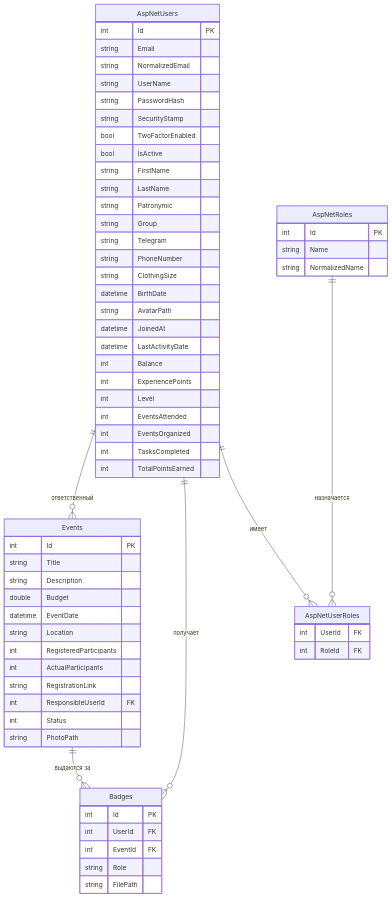
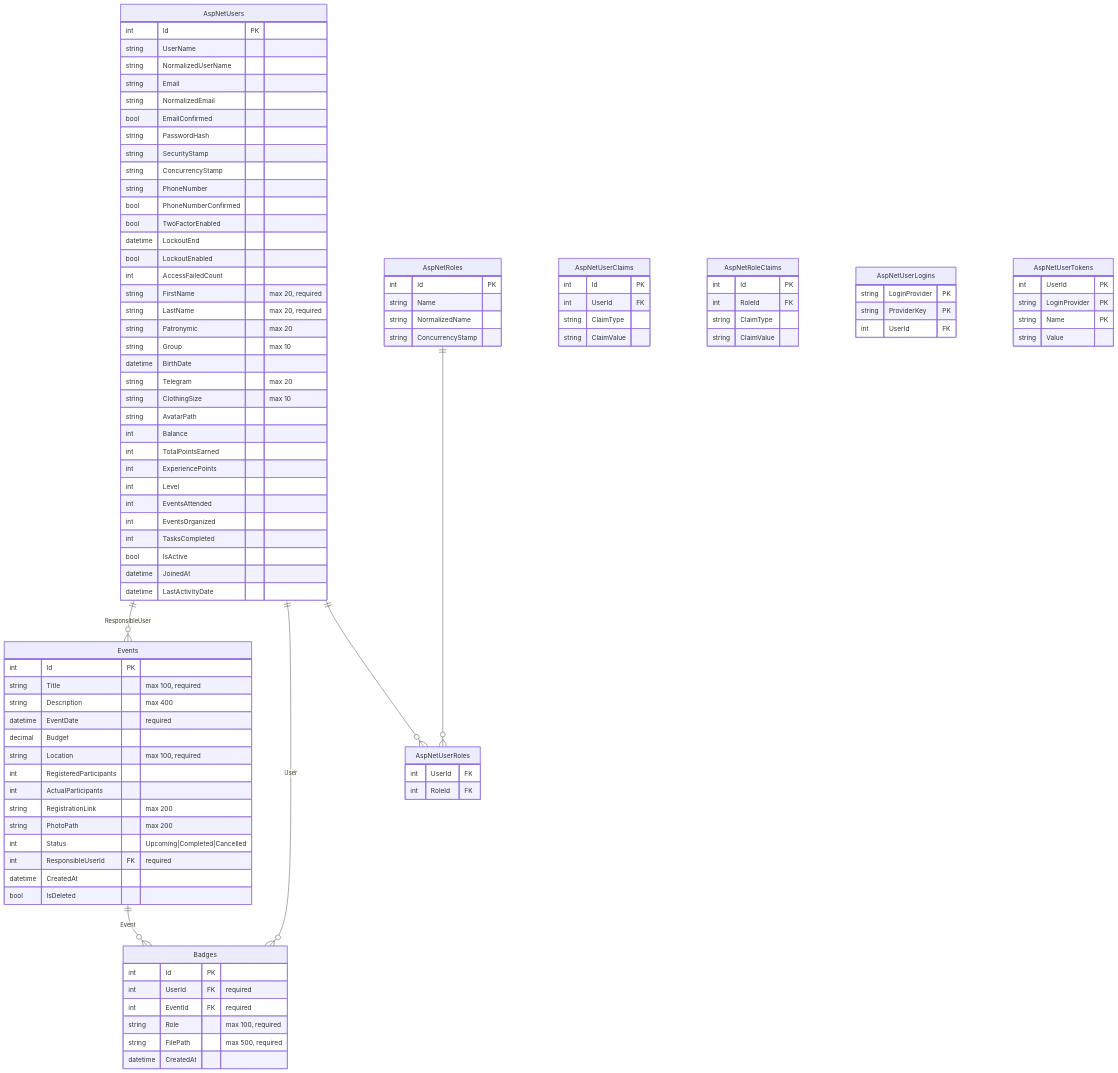
Before and after one commit to Demonrux/StudentCouncilPlatform: the first of 3 diagrams in README.md, drawn with Mermaid. The commit also changed other lines of this file, not shown here.

````diff
--- a/README.md
+++ b/README.md
@@ -77,65 +77,78 @@
 ```mermaid
 erDiagram
-    AspNetUsers ||--o{ Events : "ответственный"
-    AspNetUsers ||--o{ Badges : "получает"
-    Events ||--o{ Badges : "выдаются за"
+    AspNetUsers ||--o{ Events : "ResponsibleUser"
+    AspNetUsers ||--o{ Badges : "User"
+    Events ||--o{ Badges : "Event"
+    AspNetUsers ||--o{ AspNetUserRoles : ""
+    AspNetRoles ||--o{ AspNetUserRoles : ""
 
     AspNetUsers {
         int Id PK
+        string UserName
+        string NormalizedUserName
         string Email
         string NormalizedEmail
-        string UserName
+        bool EmailConfirmed
         string PasswordHash
         string SecurityStamp
+        string ConcurrencyStamp
+        string PhoneNumber
+        bool PhoneNumberConfirmed
         bool TwoFactorEnabled
-        bool IsActive
-        string FirstName
-        string LastName
-        string Patronymic
-        string Group
-        string Telegram
-        string PhoneNumber
-        string ClothingSize
+        datetime LockoutEnd
+        bool LockoutEnabled
+        int AccessFailedCount
+        string FirstName "max 20, required"
+        string LastName "max 20, required"
+        string Patronymic "max 20"
+        string Group "max 10"
         datetime BirthDate
+        string Telegram "max 20"
+        string ClothingSize "max 10"
         string AvatarPath
-        datetime JoinedAt
-        datetime LastActivityDate
         int Balance
+        int TotalPointsEarned
         int ExperiencePoints
         int Level
         int EventsAttended
         int EventsOrganized
         int TasksCompleted
-        int TotalPointsEarned
+        bool IsActive
+        datetime JoinedAt
+        datetime LastActivityDate
     }
 
     Events {
         int Id PK
-        string Title
-        string Description
-        double Budget
-        datetime EventDate
-        string Location
+        string Title "max 100, required"
+        string Description "max 400"
+        datetime EventDate "required"
+        decimal Budget
+        string Location "max 100, required"
         int RegisteredParticipants
         int ActualParticipants
-        string RegistrationLink
-        int ResponsibleUserId FK
-        int Status
-        string PhotoPath
+        string RegistrationLink "max 200"
+        string PhotoPath "max 200"
+        int Status "Upcoming|Completed|Cancelled"
+        int ResponsibleUserId FK "required"
+        datetime CreatedAt
+        bool IsDeleted
     }
 
     Badges {
         int Id PK
-        int UserId FK
-        int EventId FK
-        string Role
-        string FilePath
+        int UserId FK "required"
+        int EventId FK "required"
+        string Role "max 100, required"
+        string FilePath "max 500, required"
+        datetime CreatedAt
     }
 
     AspNetRoles {
         int Id PK
         string Name
         string NormalizedName
+        string ConcurrencyStamp
     }
 
     AspNetUserRoles {
@@ -143,6 +156,30 @@
         int RoleId FK
     }
 
-    AspNetUsers ||--o{ AspNetUserRoles : "имеет"
-    AspNetRoles ||--o{ AspNetUserRoles : "назначается"
+    AspNetUserClaims {
+        int Id PK
+        int UserId FK
+        string ClaimType
+        string ClaimValue
+    }
+
+    AspNetRoleClaims {
+        int Id PK
+        int RoleId FK
+        string ClaimType
+        string ClaimValue
+    }
+
+    AspNetUserLogins {
+        string LoginProvider PK
+        string ProviderKey PK
+        int UserId FK
+    }
+
+    AspNetUserTokens {
+        int UserId PK
+        string LoginProvider PK
+        string Name PK
+        string Value
+    }
 ```
````
